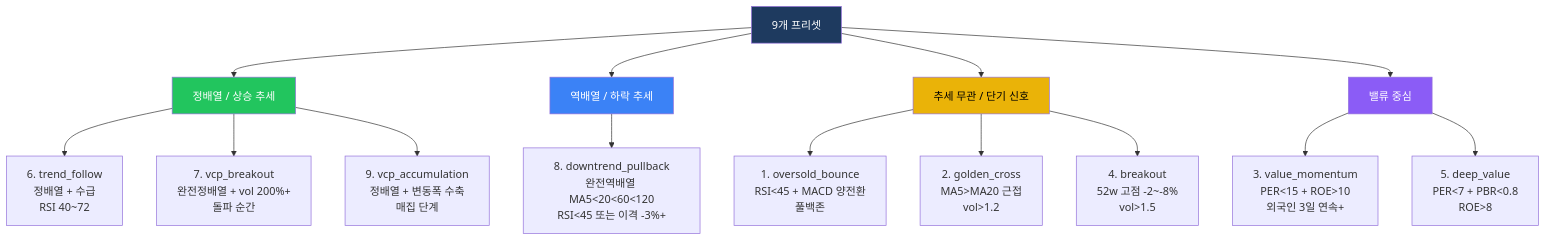
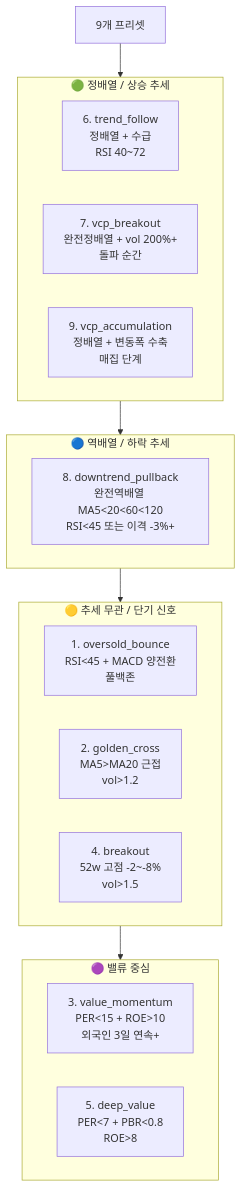
The third of 12 diagrams in docs/stock_screener_architecture.md (izzyLim/BIP-Pipeline), drawn with Mermaid before and after one commit. The commit also changed 1 other file, not shown here.

Commit message:
docs(stock_screener): v6.4 — 9개 프리셋 다이어그램 subgraph 세로 배치

````diff
--- a/docs/stock_screener_architecture.md
+++ b/docs/stock_screener_architecture.md
@@ -93,26 +93,30 @@
 ```mermaid
 flowchart TD
-    Root[9개 프리셋] --> Up[정배열 / 상승 추세]
-    Root --> Down[역배열 / 하락 추세]
-    Root --> Neutral[추세 무관 / 단기 신호]
-    Root --> Value[밸류 중심]
+    Root[9개 프리셋]
 
-    Up --> U1["6. trend_follow<br/>정배열 + 수급<br/>RSI 40~72"]
-    Up --> U2["7. vcp_breakout<br/>완전정배열 + vol 200%+<br/>돌파 순간"]
-    Up --> U3["9. vcp_accumulation<br/>정배열 + 변동폭 수축<br/>매집 단계"]
+    subgraph Up["🟢 정배열 / 상승 추세"]
+        U1["6. trend_follow<br/>정배열 + 수급<br/>RSI 40~72"]
+        U2["7. vcp_breakout<br/>완전정배열 + vol 200%+<br/>돌파 순간"]
+        U3["9. vcp_accumulation<br/>정배열 + 변동폭 수축<br/>매집 단계"]
+    end
 
-    Down --> D1["8. downtrend_pullback<br/>완전역배열 MA5<20<60<120<br/>RSI<45 또는 이격 -3%+"]
+    subgraph Down["🔵 역배열 / 하락 추세"]
+        D1["8. downtrend_pullback<br/>완전역배열 MA5<20<60<120<br/>RSI<45 또는 이격 -3%+"]
+    end
 
-    Neutral --> N1["1. oversold_bounce<br/>RSI<45 + MACD 양전환<br/>풀백존"]
-    Neutral --> N2["2. golden_cross<br/>MA5>MA20 근접<br/>vol>1.2"]
-    Neutral --> N3["4. breakout<br/>52w 고점 -2~-8%<br/>vol>1.5"]
+    subgraph Neutral["🟡 추세 무관 / 단기 신호"]
+        N1["1. oversold_bounce<br/>RSI<45 + MACD 양전환<br/>풀백존"]
+        N2["2. golden_cross<br/>MA5>MA20 근접<br/>vol>1.2"]
+        N3["4. breakout<br/>52w 고점 -2~-8%<br/>vol>1.5"]
+    end
 
-    Value --> V1["3. value_momentum<br/>PER<15 + ROE>10<br/>외국인 3일 연속+"]
-    Value --> V2["5. deep_value<br/>PER<7 + PBR<0.8<br/>ROE>8"]
+    subgraph Value["🟣 밸류 중심"]
+        V1["3. value_momentum<br/>PER<15 + ROE>10<br/>외국인 3일 연속+"]
+        V2["5. deep_value<br/>PER<7 + PBR<0.8<br/>ROE>8"]
+    end
 
-    style Root fill:#1e3a5f,color:#fff
-    style Up fill:#22c55e,color:#fff
-    style Down fill:#3b82f6,color:#fff
-    style Neutral fill:#eab308,color:#000
-    style Value fill:#8b5cf6,color:#fff
+    Root --> Up
+    Up --> Down
+    Down --> Neutral
+    Neutral --> Value
 ```
````
